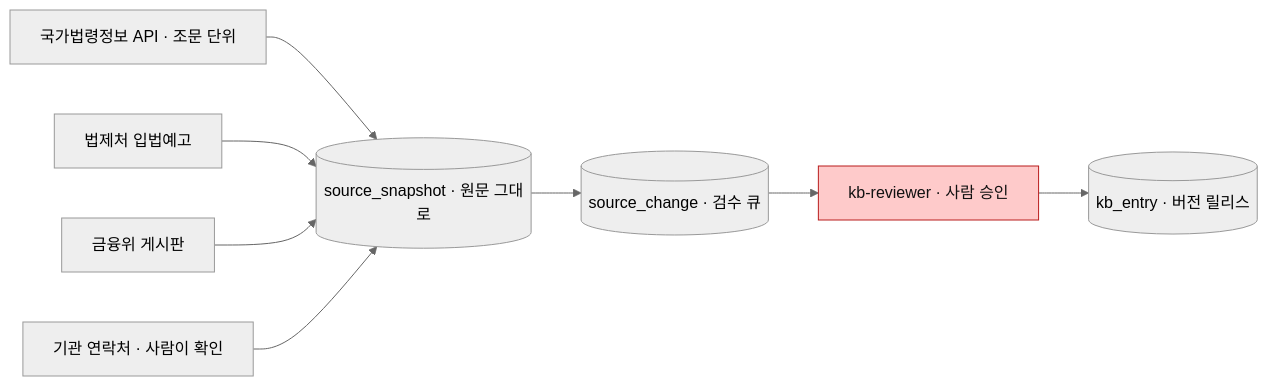
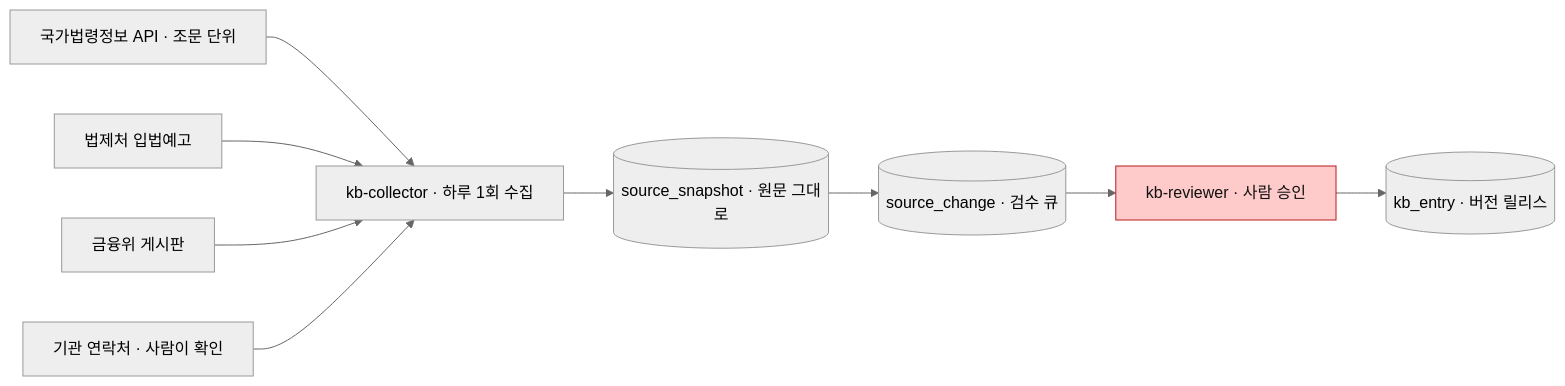
One commit to Dojaegyum/fsec-ai-challenge changed the fifth of 7 diagrams in ARCHITECTURE.md. Above: the diagram before and after it, drawn with Mermaid (neutral theme). The commit also changed 10 other files, not shown here.

````diff
--- a/ARCHITECTURE.md
+++ b/ARCHITECTURE.md
@@ -205,13 +205,14 @@
 ```mermaid
 flowchart LR
-    LAW["국가법령정보 API · 조문 단위"] --> SNAP[("source_snapshot · 원문 그대로")]
-    PRE["법제처 입법예고"] --> SNAP
-    RSS["금융위 게시판"] --> SNAP
-    HUMAN["기관 연락처 · 사람이 확인"] --> SNAP
+    LAW["국가법령정보 API · 조문 단위"] --> COL["kb-collector · 하루 1회 수집"]
+    PRE["법제처 입법예고"] --> COL
+    RSS["금융위 게시판"] --> COL
+    HUMAN["기관 연락처 · 사람이 확인"] --> COL
 
+    COL --> SNAP[("source_snapshot · 원문 그대로")]
     SNAP --> CHG[("source_change · 검수 큐")]
     CHG --> REV["kb-reviewer · 사람 승인"]
     REV --> KB[("kb_entry · 버전 릴리스")]
 
     style REV fill:#fecaca,stroke:#b91c1c,color:#111
 ```
````
